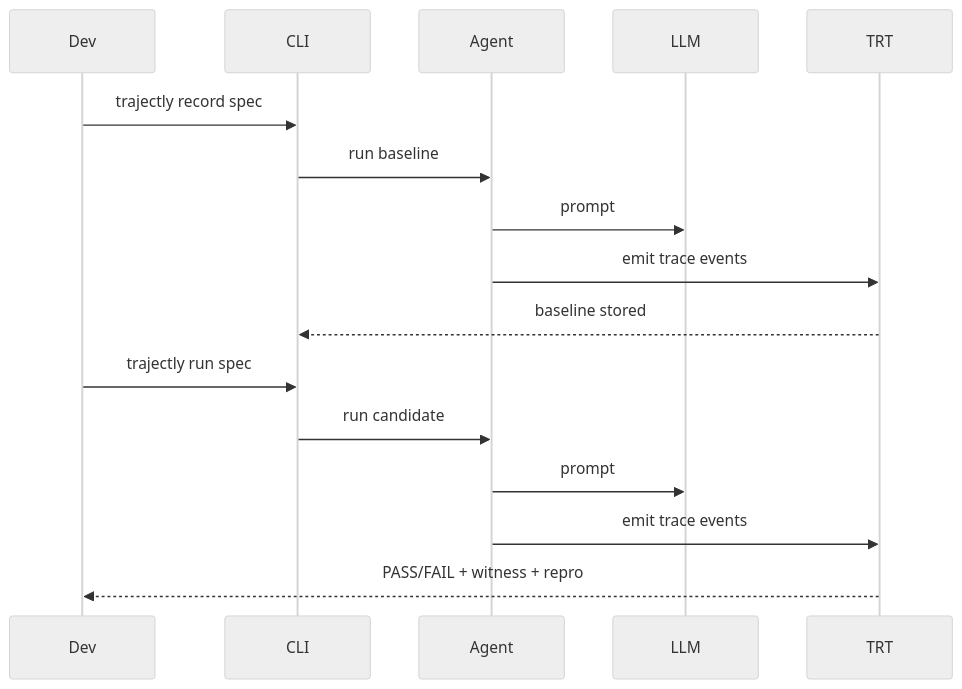
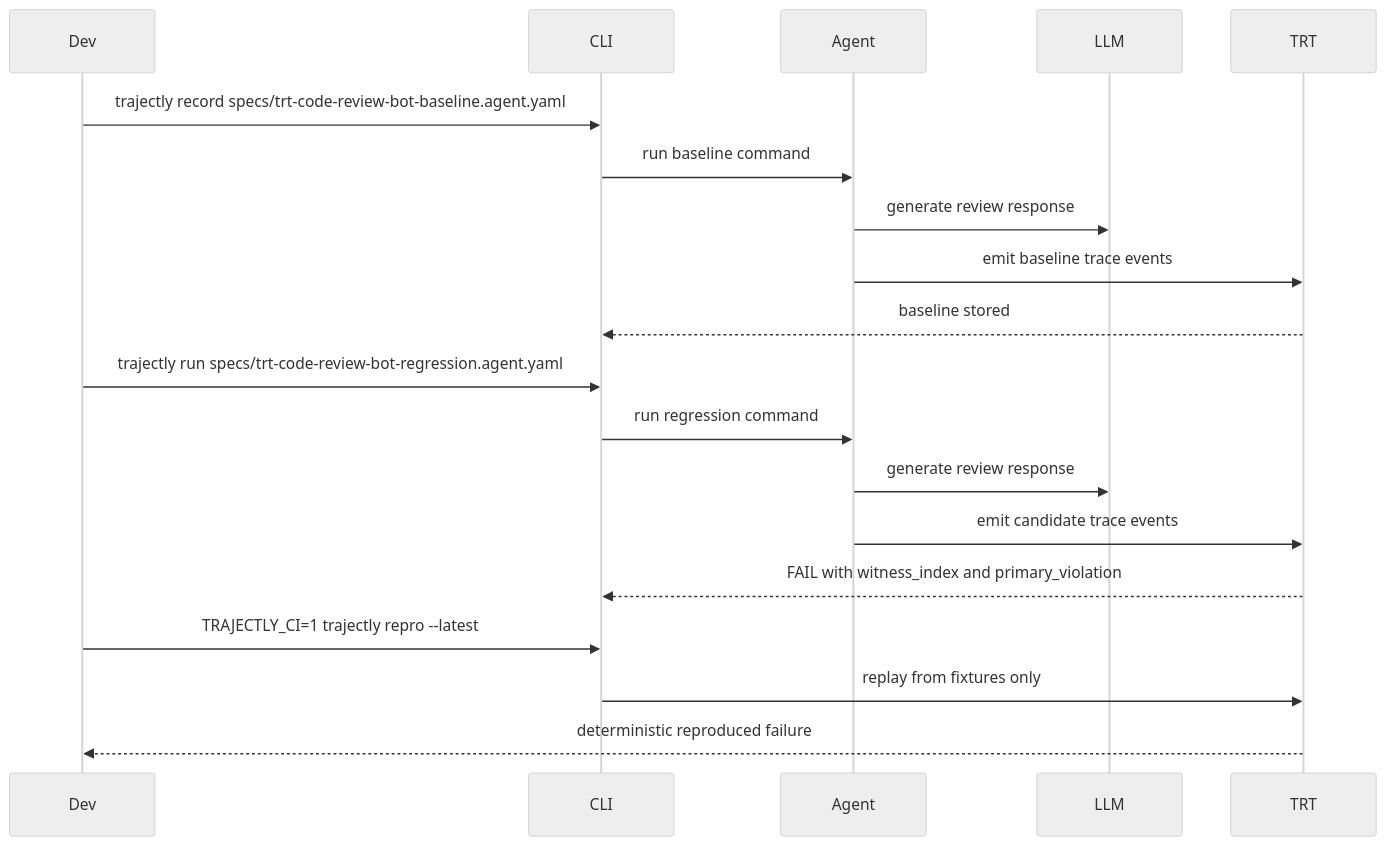
One commit to trajectly/trajectly changed the eighth of 8 diagrams in docs/trt_theory.md. Above: the diagram before and after it, drawn with Mermaid (neutral theme). The commit also changed other lines of this file and 13 other files, not shown here.

````diff
--- a/docs/trt_theory.md
+++ b/docs/trt_theory.md
@@ -251,20 +366,24 @@
 ```mermaid
 sequenceDiagram
     participant Dev
     participant CLI
     participant Agent
     participant LLM
     participant TRT
 
-    Dev->>CLI: trajectly record spec
-    CLI->>Agent: run baseline
-    Agent->>LLM: prompt
-    Agent->>TRT: emit trace events
+    Dev->>CLI: trajectly record specs/trt-code-review-bot-baseline.agent.yaml
+    CLI->>Agent: run baseline command
+    Agent->>LLM: generate review response
+    Agent->>TRT: emit baseline trace events
     TRT-->>CLI: baseline stored
 
-    Dev->>CLI: trajectly run spec
-    CLI->>Agent: run candidate
-    Agent->>LLM: prompt
-    Agent->>TRT: emit trace events
-    TRT-->>Dev: PASS/FAIL + witness + repro
+    Dev->>CLI: trajectly run specs/trt-code-review-bot-regression.agent.yaml
+    CLI->>Agent: run regression command
+    Agent->>LLM: generate review response
+    Agent->>TRT: emit candidate trace events
+    TRT-->>CLI: FAIL with witness_index and primary_violation
+
+    Dev->>CLI: TRAJECTLY_CI=1 trajectly repro --latest
+    CLI->>TRT: replay from fixtures only
+    TRT-->>Dev: deterministic reproduced failure
 ```
````
